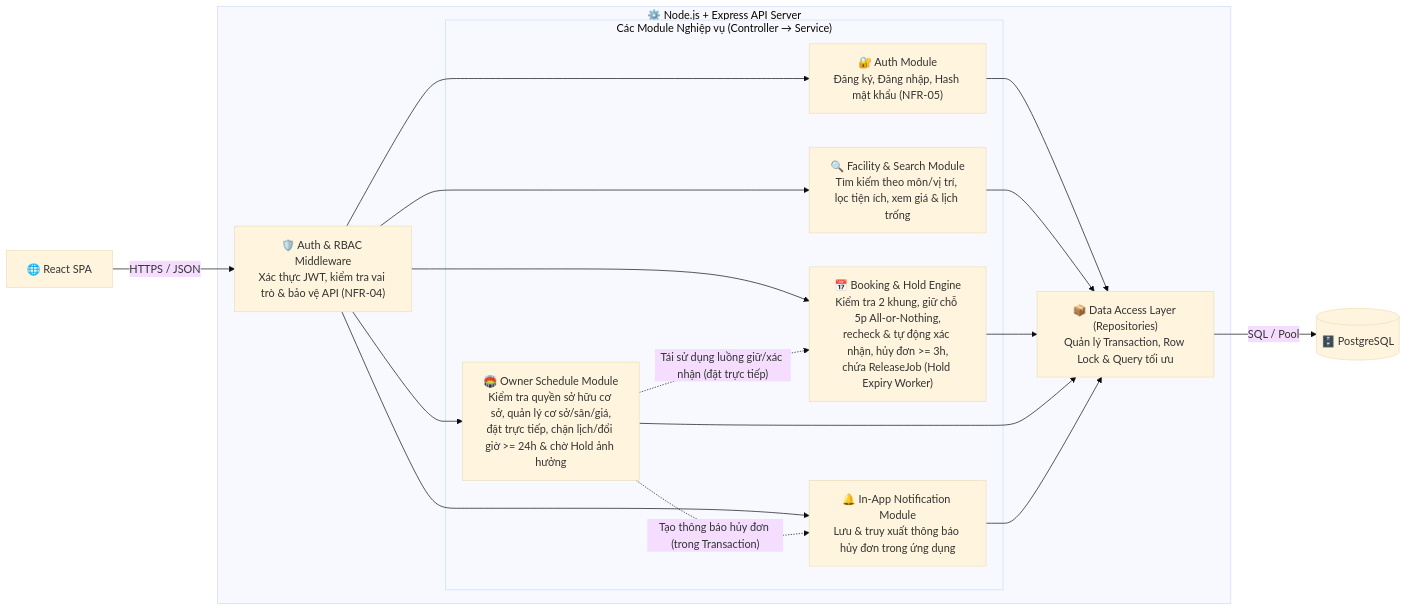
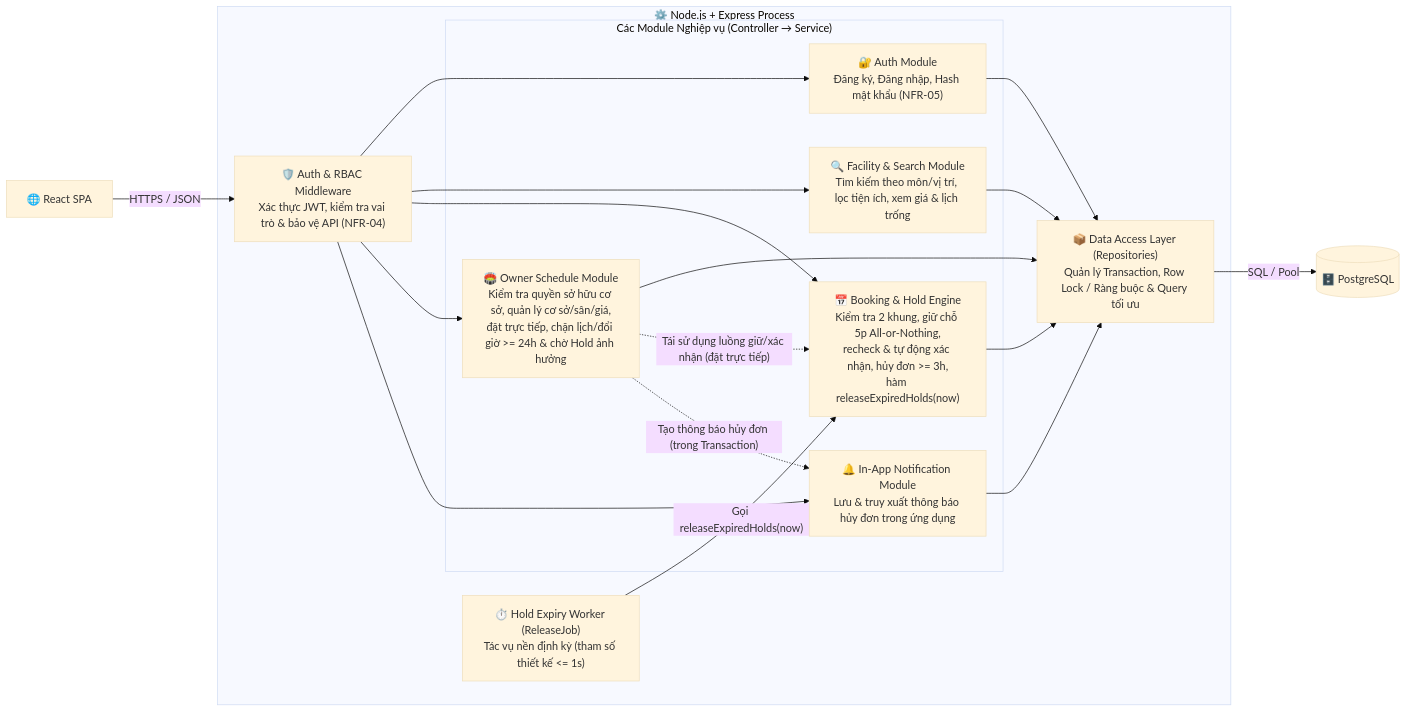
One commit to buikhoa130406/se-project-t04 changed the third of 4 diagrams in docs/design/architecture/architecture-design.md. Above: the diagram before and after it, drawn with Mermaid (base theme). The commit also changed other lines of this file, not shown here.

First line of the commit message:
Refine architecture design and clarify Hold Expiry Worker

````diff
--- a/docs/design/architecture/architecture-design.md
+++ b/docs/design/architecture/architecture-design.md
@@ -72,27 +70,29 @@
 ```mermaid
 flowchart LR
     SPA["🌐 React SPA"]
 
-    subgraph Backend["⚙️ Node.js + Express API Server"]
+    subgraph Backend["⚙️ Node.js + Express Process"]
         MW["🛡️ Auth & RBAC Middleware<br/>Xác thực JWT, kiểm tra vai trò & bảo vệ API (NFR-04)"]
+        Job["⏱️ Hold Expiry Worker (ReleaseJob)<br/>Tác vụ nền định kỳ (tham số thiết kế <= 1s)"]
 
         subgraph Modules["Các Module Nghiệp vụ (Controller → Service)"]
             AuthMod["🔐 Auth Module<br/>Đăng ký, Đăng nhập, Hash mật khẩu (NFR-05)"]
             FacMod["🔍 Facility & Search Module<br/>Tìm kiếm theo môn/vị trí, lọc tiện ích, xem giá & lịch trống"]
-            BookMod["📅 Booking & Hold Engine<br/>Kiểm tra 2 khung, giữ chỗ 5p All-or-Nothing,<br/>recheck & tự động xác nhận, hủy đơn >= 3h,<br/>chứa ReleaseJob (Hold Expiry Worker)"]
+            BookMod["📅 Booking & Hold Engine<br/>Kiểm tra 2 khung, giữ chỗ 5p All-or-Nothing,<br/>recheck & tự động xác nhận, hủy đơn >= 3h,<br/>hàm releaseExpiredHolds(now)"]
             OwnerMod["🏟️ Owner Schedule Module<br/>Kiểm tra quyền sở hữu cơ sở, quản lý cơ sở/sân/giá,<br/>đặt trực tiếp, chặn lịch/đổi giờ >= 24h & chờ Hold ảnh hưởng"]
             NotiMod["🔔 In-App Notification Module<br/>Lưu & truy xuất thông báo hủy đơn trong ứng dụng"]
         end
 
-        Repo["📦 Data Access Layer (Repositories)<br/>Quản lý Transaction, Row Lock & Query tối ưu"]
+        Repo["📦 Data Access Layer (Repositories)<br/>Quản lý Transaction, Row Lock / Ràng buộc & Query tối ưu"]
     end
 
     DB[("🗄️ PostgreSQL")]
 
     SPA -- "HTTPS / JSON" --> MW
     MW --> AuthMod & FacMod & BookMod & OwnerMod & NotiMod
+    Job -- "Gọi releaseExpiredHolds(now)" --> BookMod
     AuthMod & FacMod & BookMod & OwnerMod & NotiMod --> Repo
     OwnerMod -. "Tái sử dụng luồng giữ/xác nhận (đặt trực tiếp)" .-> BookMod
     OwnerMod -. "Tạo thông báo hủy đơn (trong Transaction)" .-> NotiMod
     Repo -- "SQL / Pool" --> DB
 ```
````
